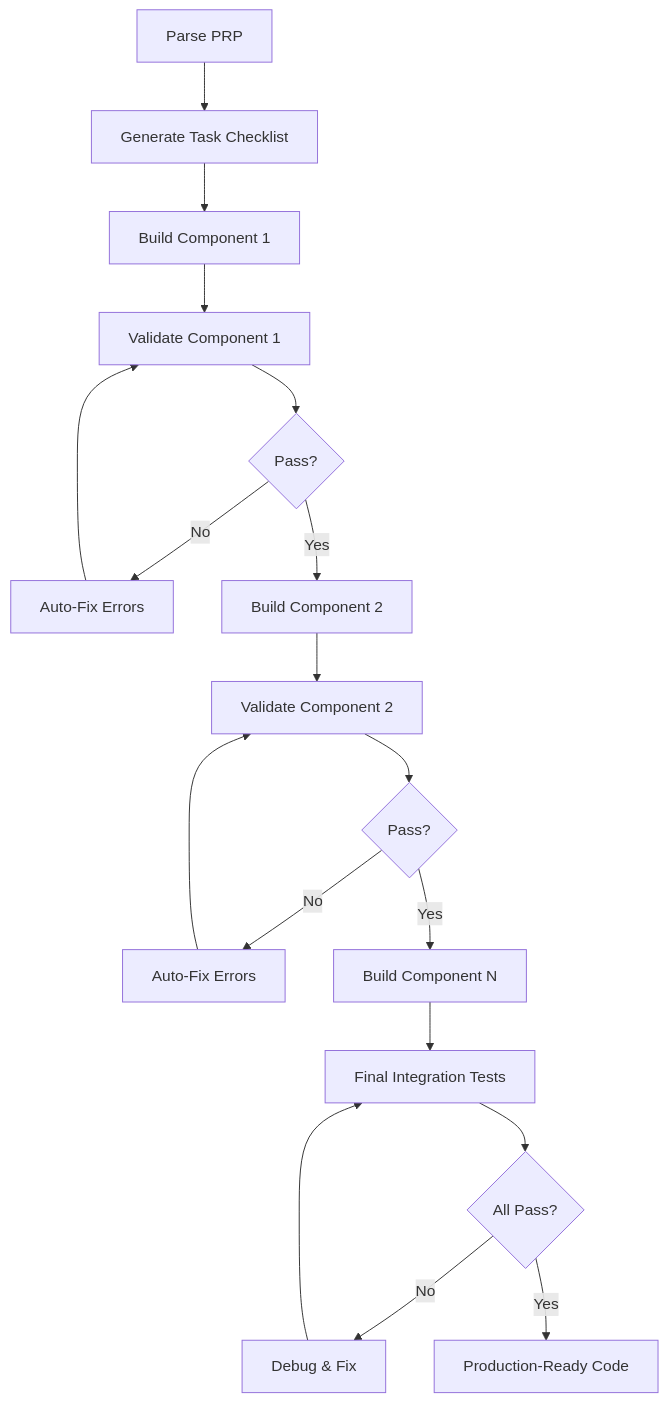
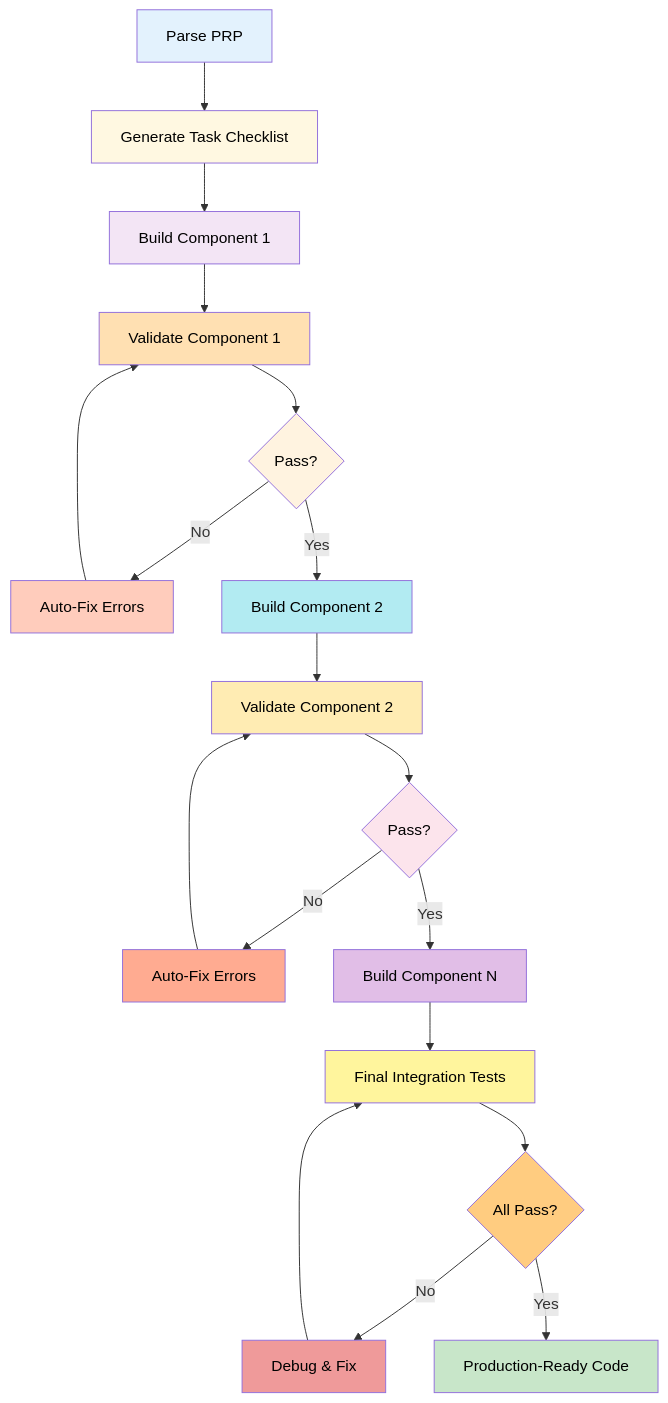
Before and after one commit to bprzybys-nc/ctx-eng-plus: the fourth of 4 diagrams in docs/01-prp-system.md, drawn with Mermaid. The commit also changed other lines of this file and 8 other files, not shown here.

````diff
--- a/docs/01-prp-system.md
+++ b/docs/01-prp-system.md
@@ -697,20 +729,36 @@
 ```mermaid
 graph TD
     A[Parse PRP] --> B[Generate Task Checklist]
     B --> C[Build Component 1]
     C --> D[Validate Component 1]
     D --> E{Pass?}
     E -->|No| F[Auto-Fix Errors]
     F --> D
     E -->|Yes| G[Build Component 2]
     G --> H[Validate Component 2]
     H --> I{Pass?}
     I -->|No| J[Auto-Fix Errors]
     J --> H
     I -->|Yes| K[Build Component N]
     K --> L[Final Integration Tests]
     L --> M{All Pass?}
     M -->|No| N[Debug & Fix]
     N --> L
     M -->|Yes| O[Production-Ready Code]
+
+    style A fill:#e3f2fd,color:#000
+    style B fill:#fff8e1,color:#000
+    style C fill:#f3e5f5,color:#000
+    style D fill:#ffe0b2,color:#000
+    style E fill:#fff3e0,color:#000
+    style F fill:#ffccbc,color:#000
+    style G fill:#b2ebf2,color:#000
+    style H fill:#ffecb3,color:#000
+    style I fill:#fce4ec,color:#000
+    style J fill:#ffab91,color:#000
+    style K fill:#e1bee7,color:#000
+    style L fill:#fff59d,color:#000
+    style M fill:#ffcc80,color:#000
+    style N fill:#ef9a9a,color:#000
+    style O fill:#c8e6c9,color:#000
 ```
````
